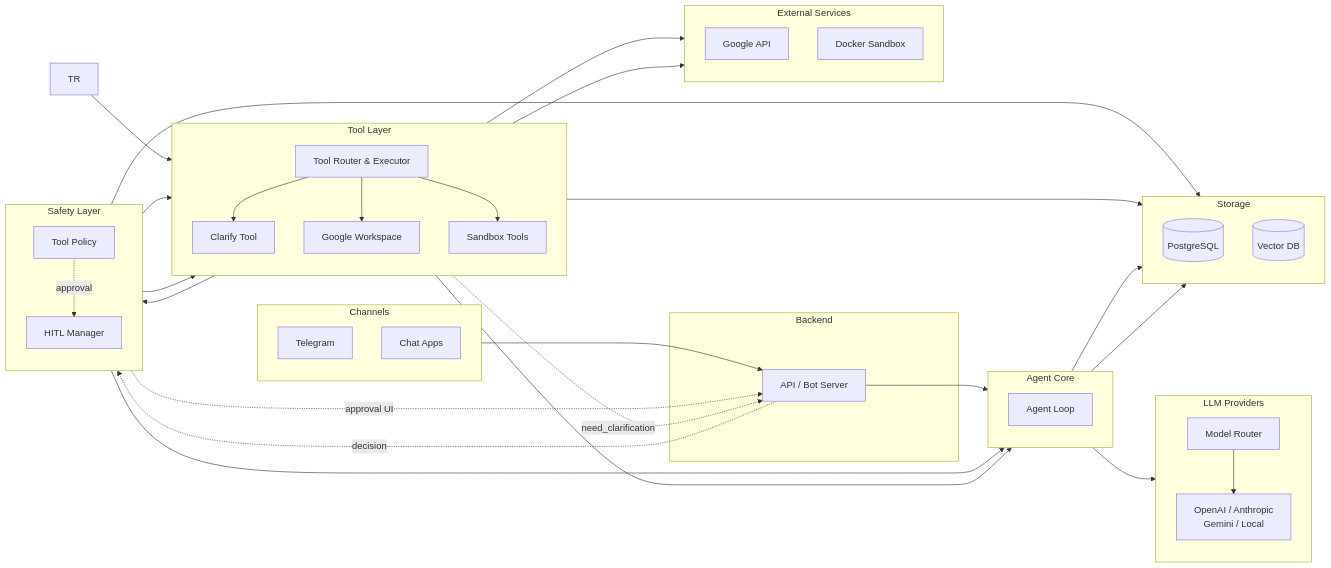
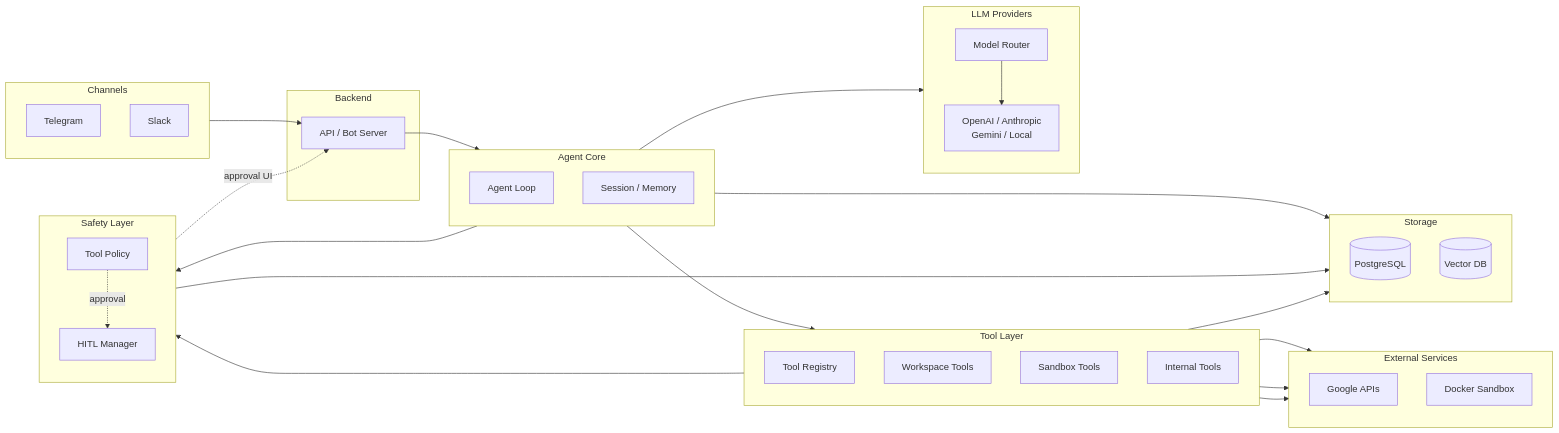
Before and after one commit to AI26-V-Claw/V-Claw: the second of 2 diagrams in docs/01-system-design.md, drawn with Mermaid. The commit also changed other lines of this file and 6 other files, not shown here.

Commit message:
docs: update sprint 2 demo sequences

````diff
--- a/docs/01-system-design.md
+++ b/docs/01-system-design.md
@@ -34,7 +39,7 @@
   subgraph CH["Channels"]
     direction TB
     TG["Telegram"]
-    CHAT["Chat Apps"]
+    SLACK["Slack"]
   end
 
   subgraph BE["Backend"]
@@ -44,18 +49,15 @@
   subgraph CORE["Agent Core"]
     direction TB
     LOOP["Agent Loop"]
+    MEMORY["Session / Memory"]
   end
 
   subgraph TOOLS["Tool Layer"]
     direction TB
-    ROUTER["Tool Router & Executor"]
-    CLARIFY["Clarify Tool"]
-    GTOOLS["Google Workspace"]
+    REGISTRY["Tool Registry"]
+    GTOOLS["Workspace Tools"]
     SANDBOX["Sandbox Tools"]
-
-    ROUTER --> CLARIFY
-    ROUTER --> GTOOLS
-    ROUTER --> SANDBOX
+    INTERNAL["Internal Tools"]
   end
 
   subgraph SAFETY["Safety Layer"]
@@ -76,7 +78,7 @@
 
   subgraph EXT["External Services"]
     direction TB
-    GAPI["Google API"]
+    GAPI["Google APIs"]
     DOCKER["Docker Sandbox"]
   end
 
@@ -87,29 +89,20 @@
   end
 
   CH --> API
-  API --> LOOP
+  API --> CORE
 
-  LOOP --> MROUTER
-  LOOP --> PG
-  LOOP --> VDB
+  CORE --> LLM
+  CORE --> TOOLS
+  CORE --> SAFETY
+  CORE --> STORE
 
-  TR --> ROUTER
+  TOOLS --> SAFETY
+  TOOLS --> EXT
+  TOOLS --> STORE
 
-  ROUTER --> POLICY
-  POLICY --> GTOOLS
-  POLICY --> SANDBOX
-
-  ROUTER --> LOOP
-
-  HITL --> LOOP
-  HITL --> PG
-
-  CLARIFY -. need_clarification .-> API
-  HITL -. approval UI .-> API
-  API -. decision .-> HITL
+  SAFETY --> STORE
+  SAFETY -. approval UI .-> API
 
   GTOOLS --> GAPI
   SANDBOX --> DOCKER
-
-  ROUTER --> PG
 ```
````
